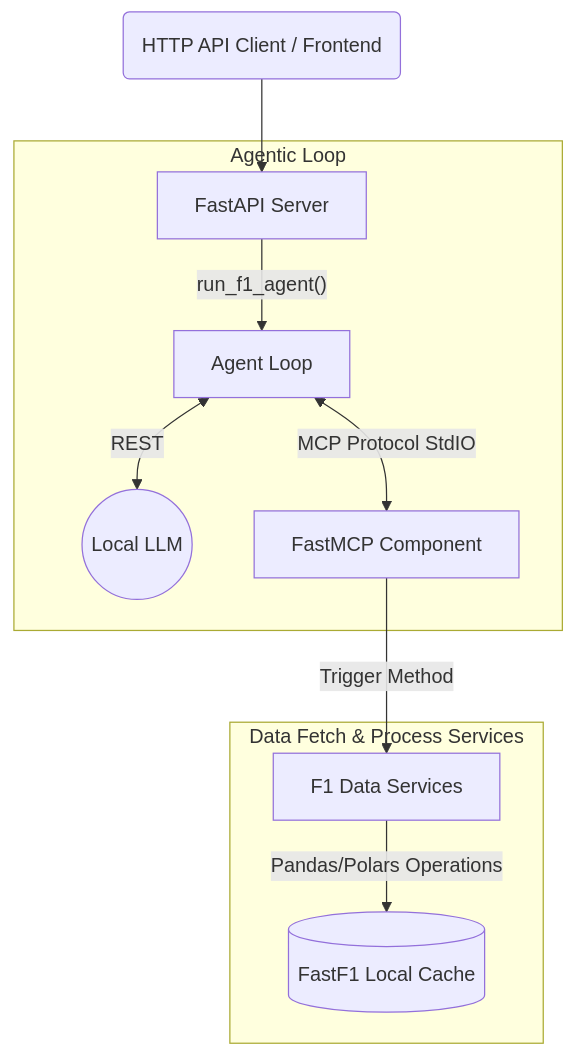
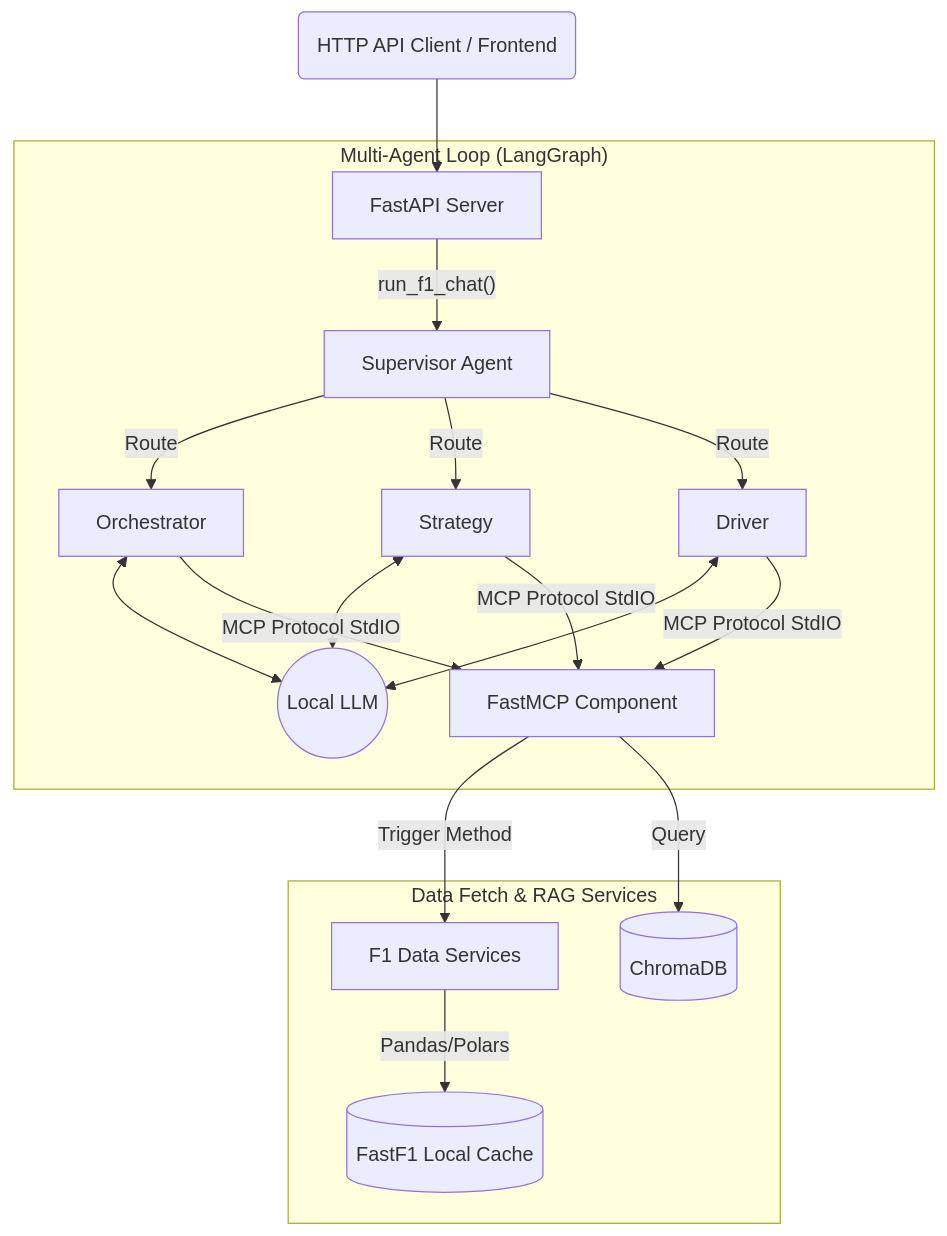
One commit to aadhgoa/f1-ai-analyst changed the diagram in backend/README.md. Above: the diagram before and after it, drawn with Mermaid. The commit also changed other lines of this file and 2 other files, not shown here.

Commit message:
feat: implement multi-agent LangGraph orchestration, RAG support with ChromaDB, and interactive chat interface

````diff
--- a/backend/README.md
+++ b/backend/README.md
@@ -9,15 +9,25 @@
 ```mermaid
 graph TD
     User(HTTP API Client / Frontend) --> FastAPI[FastAPI Server]
     
-    subgraph "Agentic Loop"
-        FastAPI -->|"run_f1_agent()"| Agent[Agent Loop]
-        Agent <-->|REST| Ollama((Local LLM))
-        Agent <-->|MCP Protocol StdIO| MCPServer[FastMCP Component]
+    subgraph "Multi-Agent Loop (LangGraph)"
+        FastAPI -->|"run_f1_chat()"| Supervisor[Supervisor Agent]
+        Supervisor -->|Route| Orchestrator
+        Supervisor -->|Route| Strategy
+        Supervisor -->|Route| Driver
+        
+        Orchestrator <--> Ollama((Local LLM))
+        Strategy <--> Ollama
+        Driver <--> Ollama
+        
+        Strategy -->|MCP Protocol StdIO| MCPServer[FastMCP Component]
+        Driver -->|MCP Protocol StdIO| MCPServer
+        Orchestrator -->|MCP Protocol StdIO| MCPServer
     end
     
-    subgraph "Data Fetch & Process Services"
+    subgraph "Data Fetch & RAG Services"
         MCPServer -->|Trigger Method| DataServices[F1 Data Services]
-        DataServices -->|Pandas/Polars Operations| Caching[(FastF1 Local Cache)]
+        DataServices -->|Pandas/Polars| Caching[(FastF1 Local Cache)]
+        MCPServer -->|Query| VectorDB[(ChromaDB)]
     end
 ```
````
